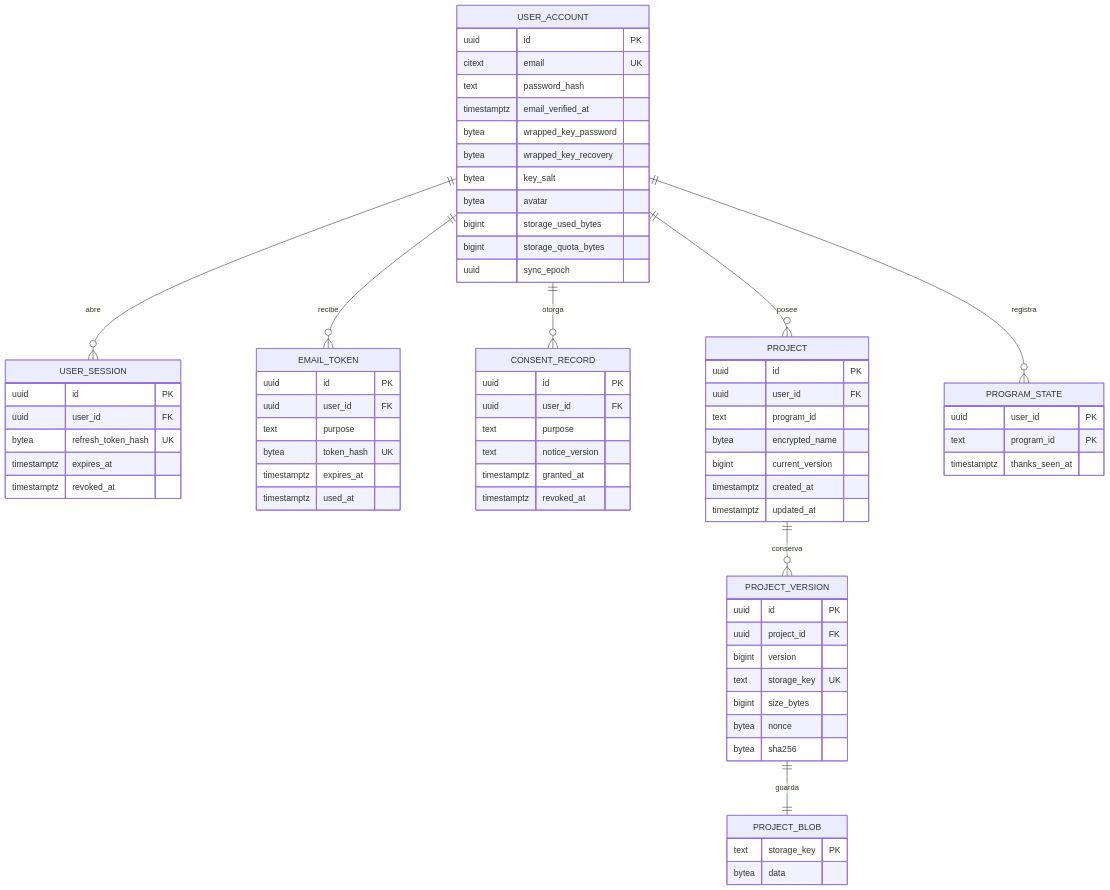
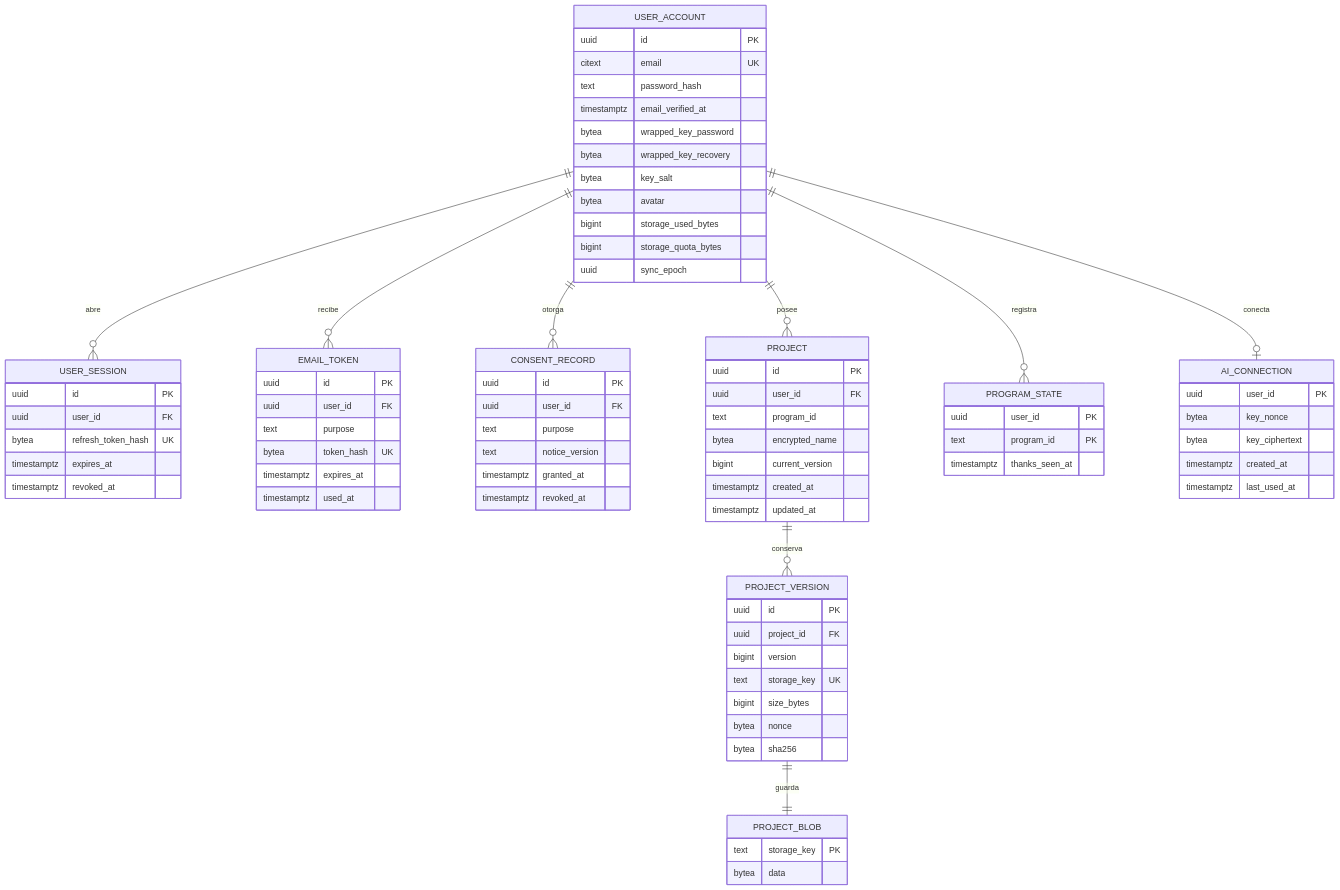
One commit to DiegoFranciscoG/estrella changed the diagram in docs/modelo-datos.md. Above: the diagram before and after it, drawn with Mermaid. The commit also changed other lines of this file and 1 other file, not shown here.

Commit message:
docs: research the AI assistant and model the OpenRouter connection

````diff
--- a/docs/modelo-datos.md
+++ b/docs/modelo-datos.md
@@ -7,74 +11,82 @@
 ```mermaid
 erDiagram
     USER_ACCOUNT ||--o{ USER_SESSION : abre
     USER_ACCOUNT ||--o{ EMAIL_TOKEN : recibe
     USER_ACCOUNT ||--o{ CONSENT_RECORD : otorga
     USER_ACCOUNT ||--o{ PROJECT : posee
     USER_ACCOUNT ||--o{ PROGRAM_STATE : registra
+    USER_ACCOUNT ||--o| AI_CONNECTION : conecta
     PROJECT ||--o{ PROJECT_VERSION : conserva
     PROJECT_VERSION ||--|| PROJECT_BLOB : guarda
 
     USER_ACCOUNT {
         uuid id PK
         citext email UK
         text password_hash
         timestamptz email_verified_at
         bytea wrapped_key_password
         bytea wrapped_key_recovery
         bytea key_salt
         bytea avatar
         bigint storage_used_bytes
         bigint storage_quota_bytes
         uuid sync_epoch
     }
     USER_SESSION {
         uuid id PK
         uuid user_id FK
         bytea refresh_token_hash UK
         timestamptz expires_at
         timestamptz revoked_at
     }
     EMAIL_TOKEN {
         uuid id PK
         uuid user_id FK
         text purpose
         bytea token_hash UK
         timestamptz expires_at
         timestamptz used_at
     }
     CONSENT_RECORD {
         uuid id PK
         uuid user_id FK
         text purpose
         text notice_version
         timestamptz granted_at
         timestamptz revoked_at
     }
     PROJECT {
         uuid id PK
         uuid user_id FK
         text program_id
         bytea encrypted_name
         bigint current_version
         timestamptz created_at
         timestamptz updated_at
     }
     PROJECT_VERSION {
         uuid id PK
         uuid project_id FK
         bigint version
         text storage_key UK
         bigint size_bytes
         bytea nonce
         bytea sha256
     }
     PROJECT_BLOB {
         text storage_key PK
         bytea data
     }
     PROGRAM_STATE {
         uuid user_id PK
         text program_id PK
         timestamptz thanks_seen_at
     }
+    AI_CONNECTION {
+        uuid user_id PK
+        bytea key_nonce
+        bytea key_ciphertext
+        timestamptz created_at
+        timestamptz last_used_at
+    }
 ```
````
